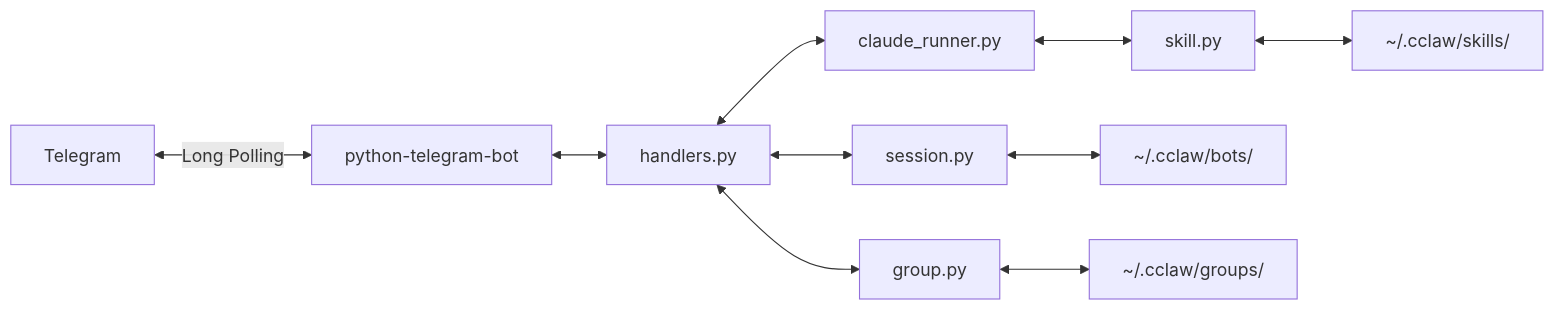
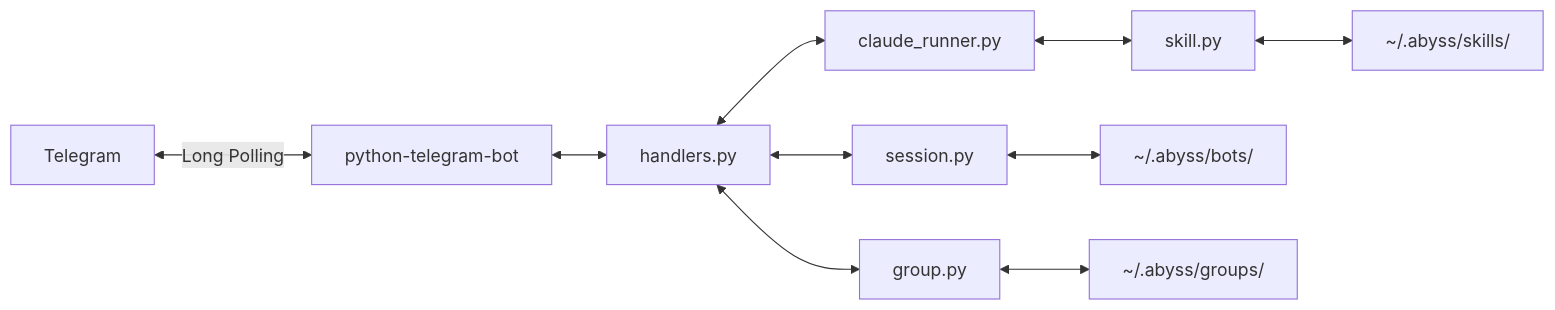
One commit to heg-wtf/abyss changed the first of 10 diagrams in docs/ARCHITECTURE.md. Above: the diagram before and after it, drawn with Mermaid. The commit also changed other lines of this file and 27 other files, not shown here.

````diff
--- a/docs/ARCHITECTURE.md
+++ b/docs/ARCHITECTURE.md
@@ -5,12 +5,12 @@
 ```mermaid
 graph LR
     TG[Telegram] <-->|Long Polling| PTB[python-telegram-bot]
     PTB <--> H[handlers.py]
     H <--> CR[claude_runner.py]
     H <--> S[session.py]
     H <--> G[group.py]
     CR <--> SK[skill.py]
-    S <--> BOTS[~/.cclaw/bots/]
-    SK <--> SKILLS[~/.cclaw/skills/]
-    G <--> GROUPS[~/.cclaw/groups/]
+    S <--> BOTS[~/.abyss/bots/]
+    SK <--> SKILLS[~/.abyss/skills/]
+    G <--> GROUPS[~/.abyss/groups/]
 ```
````
